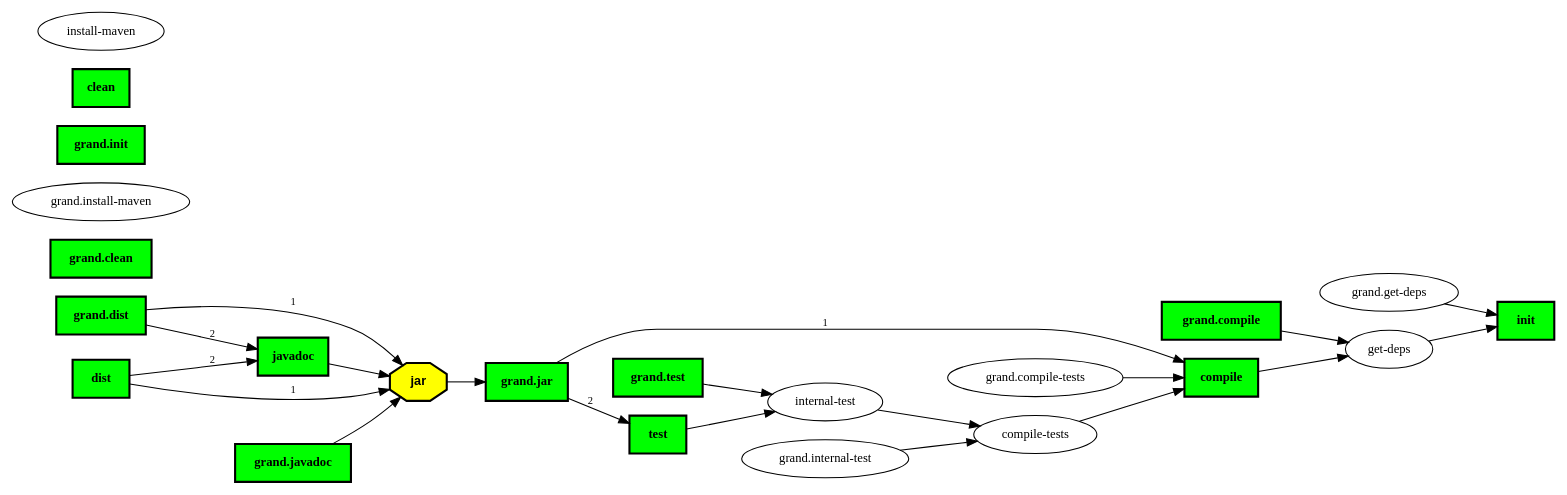
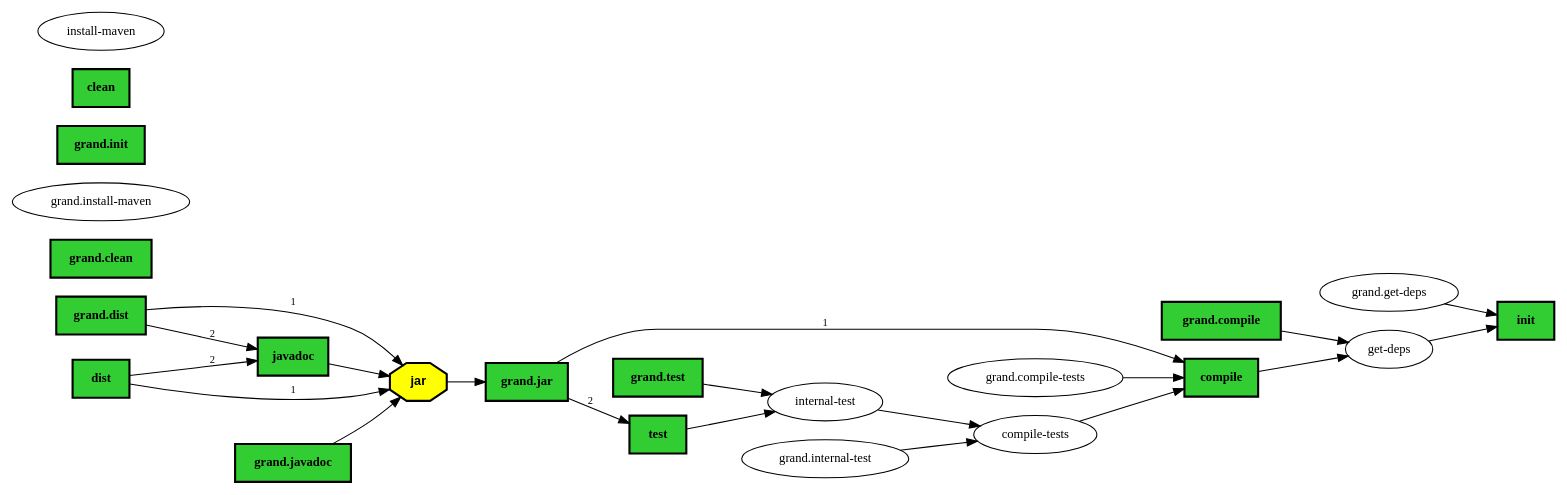
The diagram in src/etc/testcases/build-import.dot (Ant-Grand/Grand), drawn with Graphviz before and after one commit. The commit also changed 5 other files, not shown here.

First line of the commit message:
Fix black-on-black targets by using limegreen instead of lime

```diff
--- a/src/etc/testcases/build-import.dot
+++ b/src/etc/testcases/build-import.dot
@@ -1,68 +1,68 @@
 digraph "Importer" {
 graph [rankdir="LR"];
 node [fontsize="12"];
 edge [fontsize="10"];
 "jar" [shape=octagon,fillcolor="yellow",style="filled,bold",fontname="Helvetica-Bold"];
 "jar" -> "grand.jar";
 
-"grand.clean" [shape=box,fillcolor="lime",style="filled,bold",fontname="Times-Bold",comment="o Clean up the generated directories"];
+"grand.clean" [shape=box,fillcolor="limegreen",style="filled,bold",fontname="Times-Bold",comment="o Clean up the generated directories"];
 
-"javadoc" [shape=box,fillcolor="lime",style="filled,bold",fontname="Times-Bold",comment="o Generate javadoc"];
+"javadoc" [shape=box,fillcolor="limegreen",style="filled,bold",fontname="Times-Bold",comment="o Generate javadoc"];
 "javadoc" -> "jar";
 
 "compile-tests"
 "compile-tests" -> "compile";
 
 "grand.install-maven"
 
-"compile" [shape=box,fillcolor="lime",style="filled,bold",fontname="Times-Bold",comment="o Compile the code"];
+"compile" [shape=box,fillcolor="limegreen",style="filled,bold",fontname="Times-Bold",comment="o Compile the code"];
 "compile" -> "get-deps";
 
 "internal-test"
 "internal-test" -> "compile-tests";
 
 "get-deps"
 "get-deps" -> "init";
 
-"grand.compile" [shape=box,fillcolor="lime",style="filled,bold",fontname="Times-Bold",comment="o Compile the code"];
+"grand.compile" [shape=box,fillcolor="limegreen",style="filled,bold",fontname="Times-Bold",comment="o Compile the code"];
 "grand.compile" -> "get-deps";
 
-"grand.dist" [shape=box,fillcolor="lime",style="filled,bold",fontname="Times-Bold",comment="o Create a distribution"];
+"grand.dist" [shape=box,fillcolor="limegreen",style="filled,bold",fontname="Times-Bold",comment="o Create a distribution"];
 "grand.dist" -> "jar" [label="1"];
 "grand.dist" -> "javadoc" [label="2"];
 
-"dist" [shape=box,fillcolor="lime",style="filled,bold",fontname="Times-Bold",comment="o Create a distribution"];
+"dist" [shape=box,fillcolor="limegreen",style="filled,bold",fontname="Times-Bold",comment="o Create a distribution"];
 "dist" -> "jar" [label="1"];
 "dist" -> "javadoc" [label="2"];
 
-"grand.init" [shape=box,fillcolor="lime",style="filled,bold",fontname="Times-Bold",comment="o Initializes some properties"];
+"grand.init" [shape=box,fillcolor="limegreen",style="filled,bold",fontname="Times-Bold",comment="o Initializes some properties"];
 
 "grand.get-deps"
 "grand.get-deps" -> "init";
 
-"clean" [shape=box,fillcolor="lime",style="filled,bold",fontname="Times-Bold",comment="o Clean up the generated directories"];
+"clean" [shape=box,fillcolor="limegreen",style="filled,bold",fontname="Times-Bold",comment="o Clean up the generated directories"];
 
-"grand.test" [shape=box,fillcolor="lime",style="filled,bold",fontname="Times-Bold",comment="o Run the test cases"];
+"grand.test" [shape=box,fillcolor="limegreen",style="filled,bold",fontname="Times-Bold",comment="o Run the test cases"];
 "grand.test" -> "internal-test";
 
-"init" [shape=box,fillcolor="lime",style="filled,bold",fontname="Times-Bold",comment="o Initializes some properties"];
+"init" [shape=box,fillcolor="limegreen",style="filled,bold",fontname="Times-Bold",comment="o Initializes some properties"];
 
 "grand.compile-tests"
 "grand.compile-tests" -> "compile";
 
-"test" [shape=box,fillcolor="lime",style="filled,bold",fontname="Times-Bold",comment="o Run the test cases"];
+"test" [shape=box,fillcolor="limegreen",style="filled,bold",fontname="Times-Bold",comment="o Run the test cases"];
 "test" -> "internal-test";
 
 "install-maven"
 
 "grand.internal-test"
 "grand.internal-test" -> "compile-tests";
 
-"grand.javadoc" [shape=box,fillcolor="lime",style="filled,bold",fontname="Times-Bold",comment="o Generate javadoc"];
+"grand.javadoc" [shape=box,fillcolor="limegreen",style="filled,bold",fontname="Times-Bold",comment="o Generate javadoc"];
 "grand.javadoc" -> "jar";
 
-"grand.jar" [shape=box,fillcolor="lime",style="filled,bold",fontname="Times-Bold",comment="o Create the jar"];
+"grand.jar" [shape=box,fillcolor="limegreen",style="filled,bold",fontname="Times-Bold",comment="o Create the jar"];
 "grand.jar" -> "compile" [label="1"];
 "grand.jar" -> "test" [label="2"];
 
 }
```
